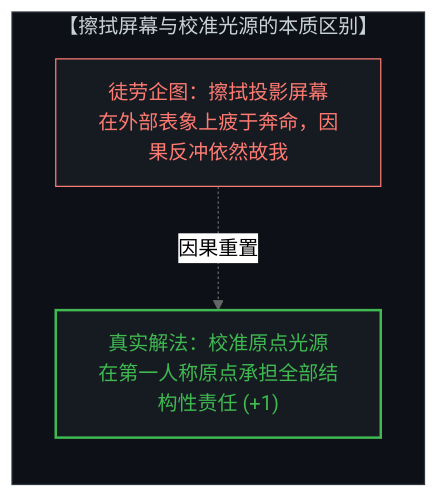
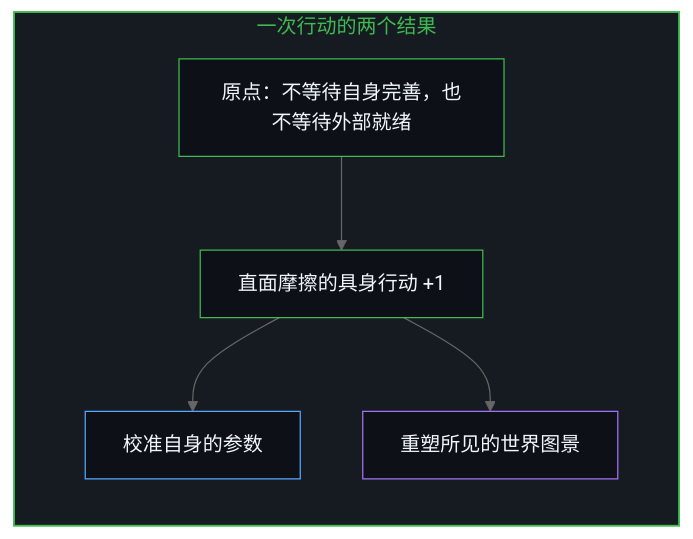
Diagram 11 of 12 in content/posts/the-geometry-of-the-cut.md (powerpig99/not-a-toe), drawn with Mermaid (neutral theme) before and after one commit. The commit also changed other lines of this file and 3 other files, not shown here.

Commit message:
Refine the-geometry-of-the-cut: alternating bilingual layout, English diagram twins, first-person framing

````diff
--- a/content/posts/the-geometry-of-the-cut.md
+++ b/content/posts/the-geometry-of-the-cut.md
@@ -233,12 +295,19 @@
 ```mermaid
-graph TD
-    subgraph ScreenVsProjector["【擦拭屏幕与校准光源的本质区别】"]
+flowchart TD
+    subgraph S_Action["一次行动的两个结果"]
         direction TB
-        ScrubScreen["徒劳企图：擦拭投影屏幕<br>在外部表象上疲于奔命，因果反冲依然故我"]
-        CalibrateLight["真实解法：校准原点光源<br>在第一人称原点承担全部结构性责任 (+1)"]
-        ScrubScreen -.->|因果重置| CalibrateLight
+        Start["原点：不等待自身完善，也不等待外部就绪"]
+        Step["直面摩擦的具身行动 +1"]
+        Calibrate["校准自身的参数"]
+        Reshape["重塑所见的世界图景"]
+        Start --> Step
+        Step --> Calibrate
+        Step --> Reshape
     end
-    style ScreenVsProjector fill:#0d1117,stroke:#30363d,stroke-width:1px,color:#c9d1d9
-    style ScrubScreen fill:#161b22,stroke:#ff7b72,stroke-width:1px,color:#ff7b72
-    style CalibrateLight fill:#161b22,stroke:#3fb950,stroke-width:2px,color:#3fb950
+
+    style S_Action fill:#161b22,stroke:#3fb950,stroke-width:1.5px,color:#3fb950
+    style Start fill:#0d1117,stroke:#3fb950,stroke-width:1px,color:#f0f6fc
+    style Step fill:#0d1117,stroke:#3fb950,stroke-width:1px,color:#f0f6fc
+    style Calibrate fill:#0d1117,stroke:#58a6ff,stroke-width:1px,color:#f0f6fc
+    style Reshape fill:#0d1117,stroke:#a371f7,stroke-width:1px,color:#f0f6fc
 ```
````
